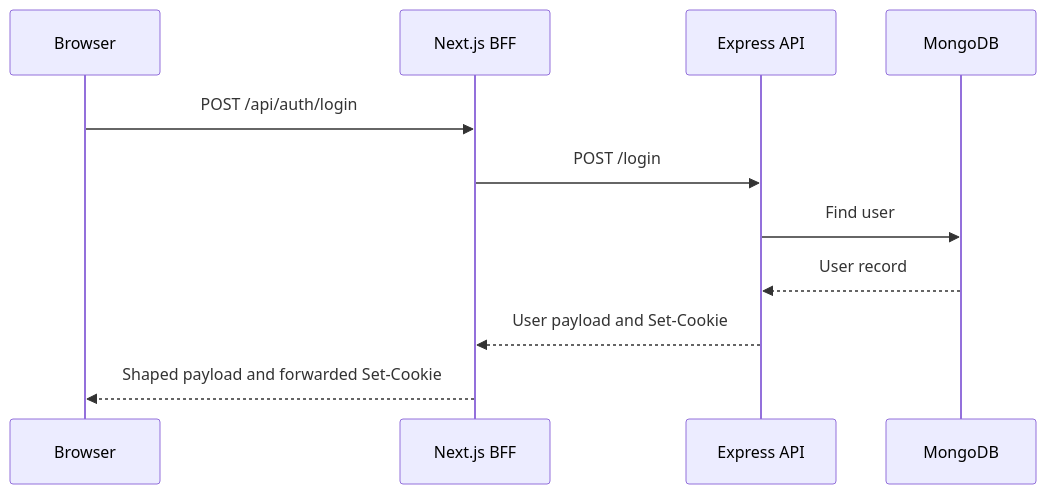
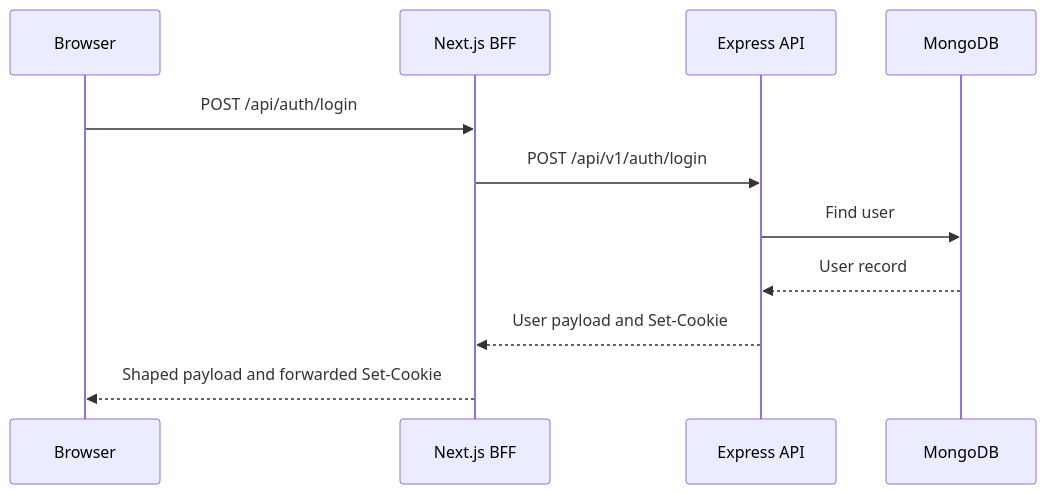
One commit to DEVASHRAY/tinder-lite-frontend changed the third of 4 diagrams in documentation/bff-architecture.md. Above: the diagram before and after it, drawn with Mermaid. The commit also changed other lines of this file and 2 other files, not shown here.

Commit message:
Update BFF documentation for versioned backend routes.

````diff
--- a/documentation/bff-architecture.md
+++ b/documentation/bff-architecture.md
@@ -112,14 +112,14 @@
 ```mermaid
 sequenceDiagram
     participant Browser
     participant BFF as Next.js BFF
     participant API as Express API
     participant DB as MongoDB
 
     Browser->>BFF: POST /api/auth/login
-    BFF->>API: POST /login
+    BFF->>API: POST /api/v1/auth/login
     API->>DB: Find user
     DB-->>API: User record
     API-->>BFF: User payload and Set-Cookie
     BFF-->>Browser: Shaped payload and forwarded Set-Cookie
 ```
````
